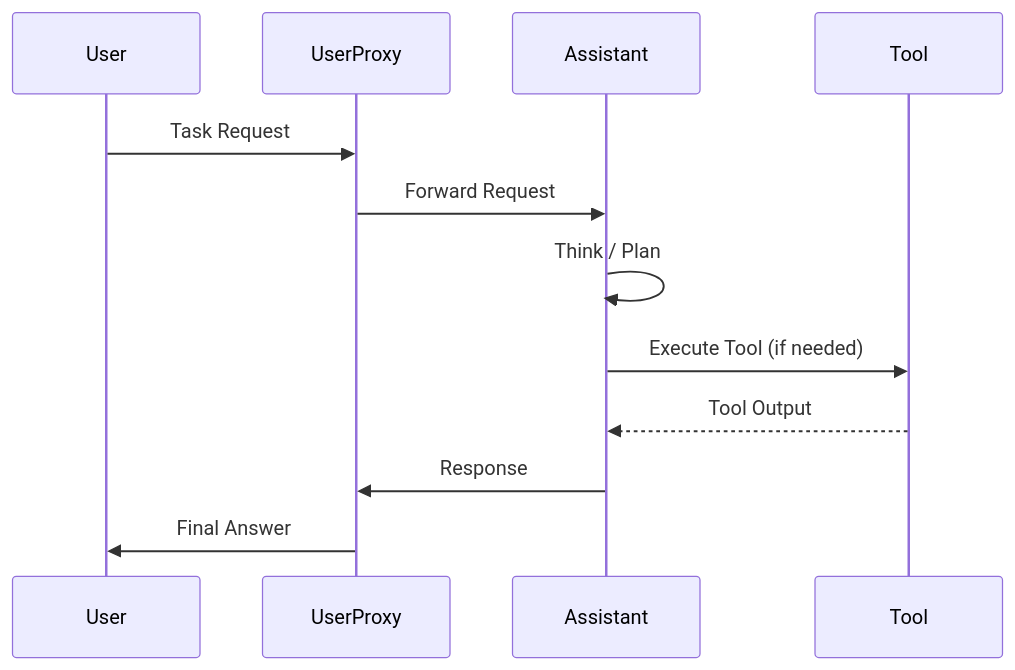
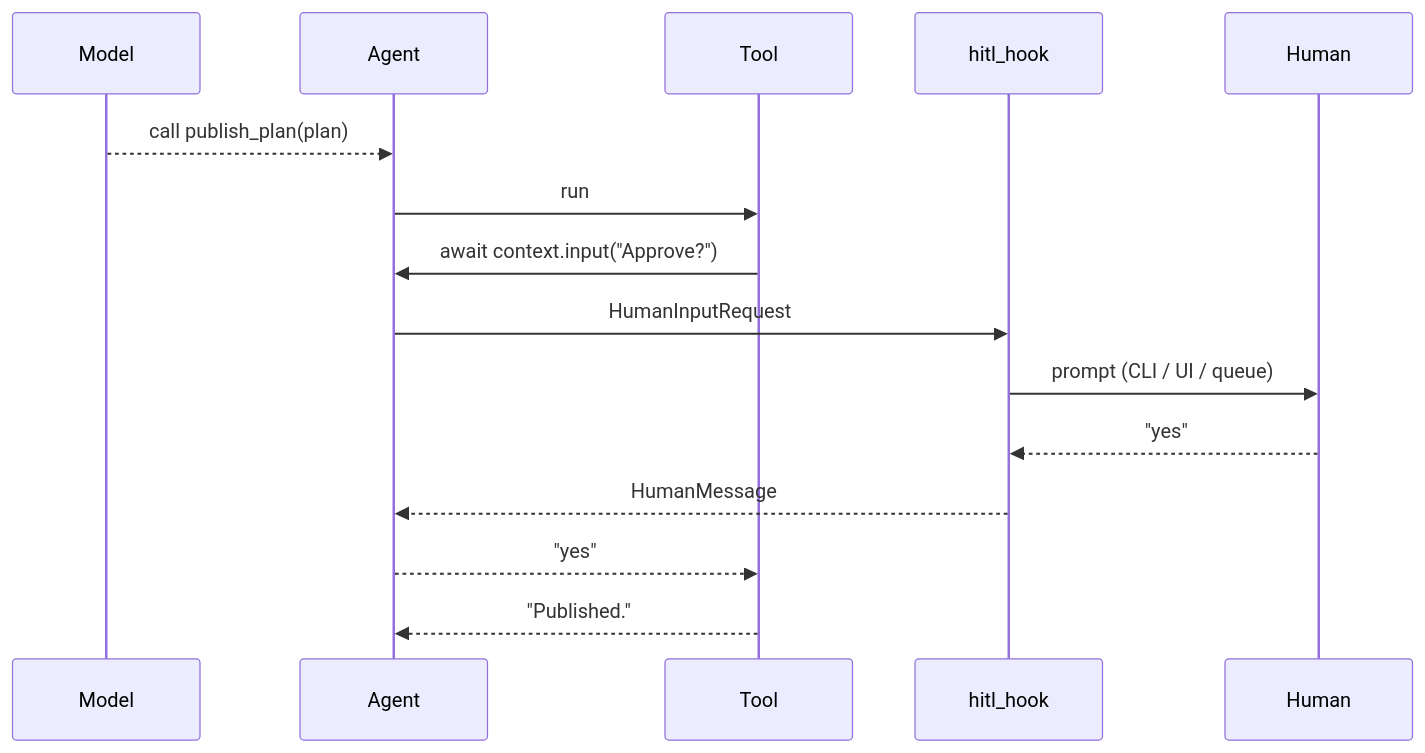
The second of 5 diagrams in src/content/docs/ag2-guide/ag2_diagrams.md (CodeHalwell/AgentGuides), drawn with Mermaid before and after one commit. The commit also changed other lines of this file and 12 other files, not shown here.

````diff
--- a/src/content/docs/ag2-guide/ag2_diagrams.md
+++ b/src/content/docs/ag2-guide/ag2_diagrams.md
@@ -19,15 +33,18 @@
 ```mermaid
 sequenceDiagram
-    participant User
-    participant UserProxy
-    participant Assistant
+    participant Model
+    participant Agent
     participant Tool
+    participant Hook as hitl_hook
+    participant Human
 
-    User->>UserProxy: Task Request
-    UserProxy->>Assistant: Forward Request
-    Assistant->>Assistant: Think / Plan
-    Assistant->>Tool: Execute Tool (if needed)
-    Tool-->>Assistant: Tool Output
-    Assistant->>UserProxy: Response
-    UserProxy->>User: Final Answer
+    Model-->>Agent: call publish_plan(plan)
+    Agent->>Tool: run
+    Tool->>Agent: await context.input("Approve?")
+    Agent->>Hook: HumanInputRequest
+    Hook->>Human: prompt (CLI / UI / queue)
+    Human-->>Hook: "yes"
+    Hook-->>Agent: HumanMessage
+    Agent-->>Tool: "yes"
+    Tool-->>Agent: "Published."
 ```
````
